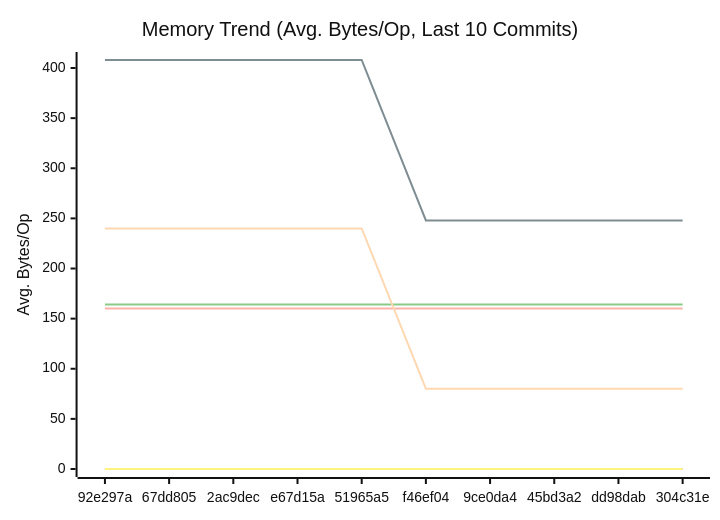
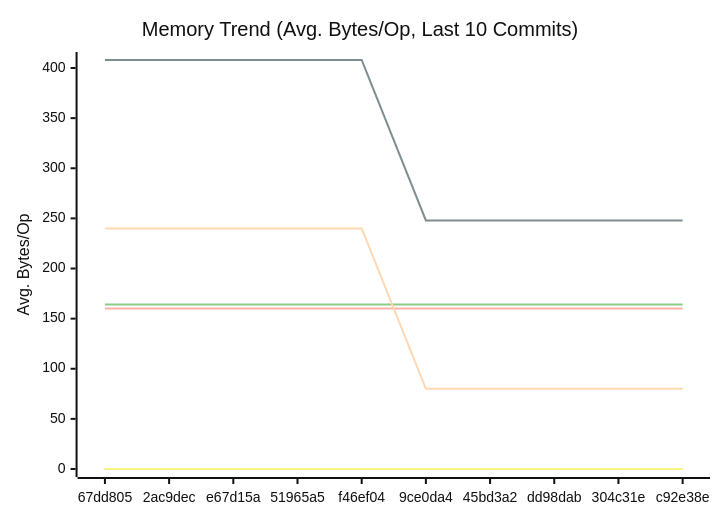
Before and after one commit to alsotoes/momo: the second of 3 diagrams in docs/PERFORMANCE.md, drawn with Mermaid (neutral theme). The commit also changed other lines of this file and 2 other files, not shown here.

````diff
--- a/docs/PERFORMANCE.md
+++ b/docs/PERFORMANCE.md
@@ -97,16 +97,16 @@
 ```mermaid
 xychart-beta
     title "Memory Trend (Avg. Bytes/Op, Last 10 Commits)"
     x-axis "Commit"
     y-axis "Avg. Bytes/Op"
-    x-axis [92e297a,67dd805,2ac9dec,e67d15a,51965a5,f46ef04,9ce0da4,45bd3a2,dd98dab,304c31e]
+    x-axis [67dd805,2ac9dec,e67d15a,51965a5,f46ef04,9ce0da4,45bd3a2,dd98dab,304c31e,c92e38e]
     line "CheckMetricsAndSwap" [0,0,0,0,0,0,0,0,0,0]
     line "CrushOptimized" [0,0,0,0,0,0,0,0,0,0]
     line "CrushOriginal" [164,164,164,164,164,164,164,164,164,164]
     line "IndexDirectTracking" [0,0,0,0,0,0,0,0,0,0]
     line "IndexSearch" [0,0,0,0,0,0,0,0,0,0]
     line "LoadGlobalConfig" [160,160,160,160,160,160,160,160,160,160]
     line "PadString" [0,0,0,0,0,0,0,0,0,0]
     line "ParseReplicationOrder_NoPrealloc" [408,408,408,408,408,248,248,248,248,248]
     line "ParseReplicationOrder_Prealloc" [240,240,240,240,240,80,80,80,80,80]
 ```
````
